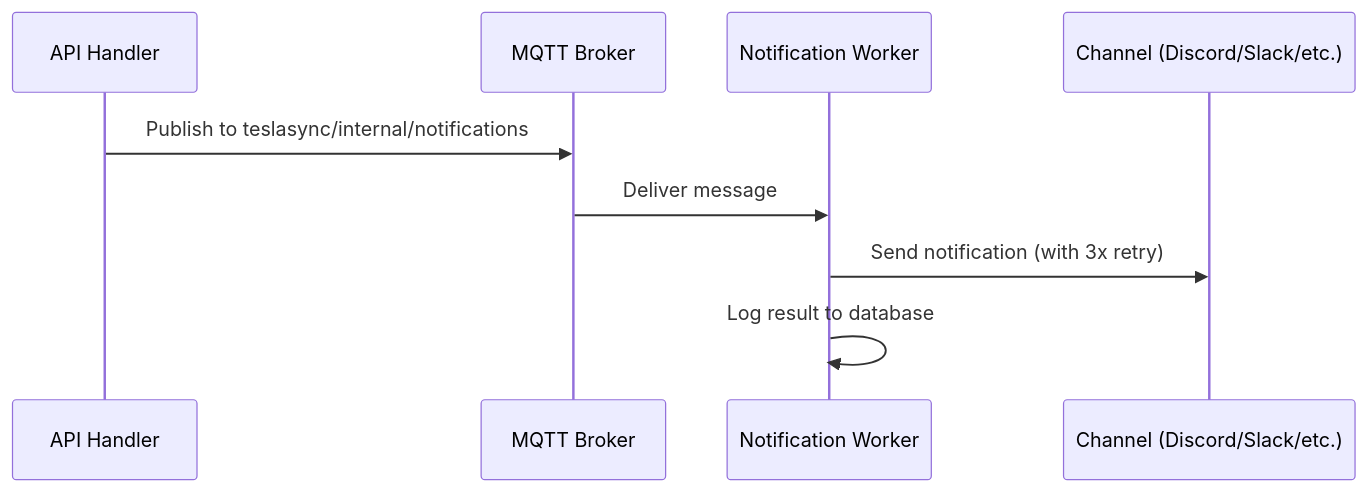
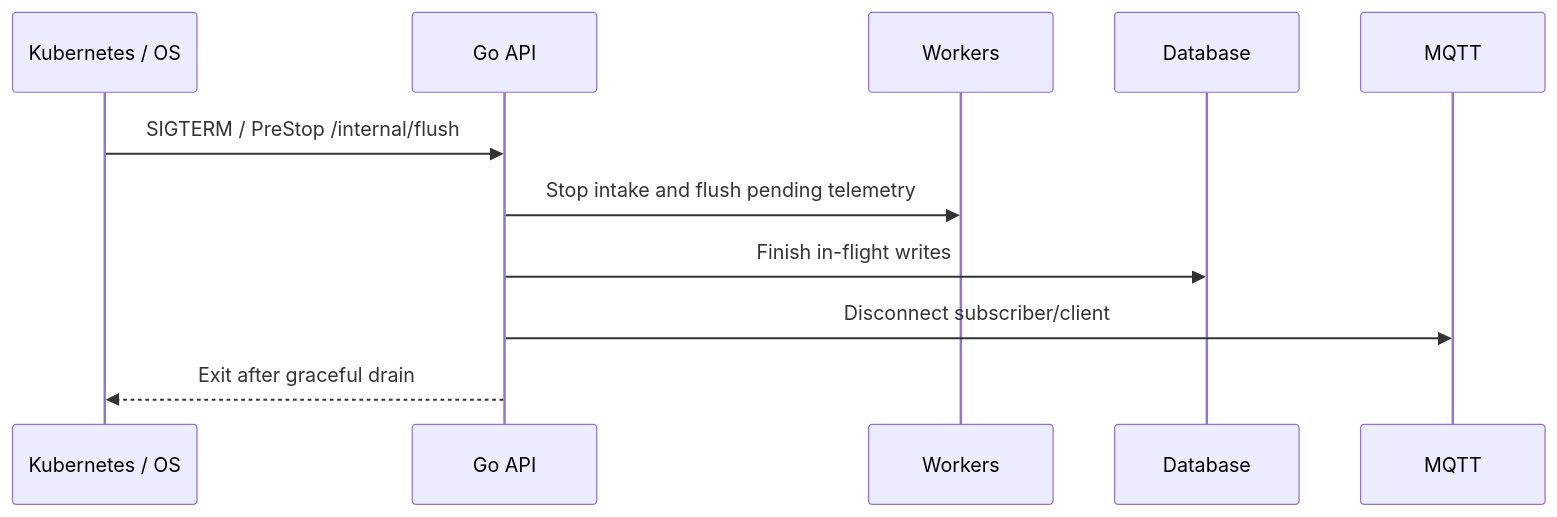
One commit to ev-dev-labs/teslasync changed the fifth of 5 diagrams in docs/guide/architecture.md. Above: the diagram before and after it, drawn with Mermaid. The commit also changed other lines of this file and 36 other files, not shown here.

````diff
--- a/docs/guide/architecture.md
+++ b/docs/guide/architecture.md
@@ -984,12 +101,14 @@
 ```mermaid
 sequenceDiagram
-    participant API as API Handler
-    participant MQ as MQTT Broker
-    participant NW as Notification Worker
-    participant CH as Channel (Discord/Slack/etc.)
+    participant Kube as Kubernetes / OS
+    participant API as Go API
+    participant Workers as Workers
+    participant DB as Database
+    participant MQTT as MQTT
 
-    API->>MQ: Publish to teslasync/internal/notifications
-    MQ->>NW: Deliver message
-    NW->>CH: Send notification (with 3x retry)
-    NW->>NW: Log result to database
+    Kube->>API: SIGTERM / PreStop /internal/flush
+    API->>Workers: Stop intake and flush pending telemetry
+    API->>DB: Finish in-flight writes
+    API->>MQTT: Disconnect subscriber/client
+    API-->>Kube: Exit after graceful drain
 ```
````
